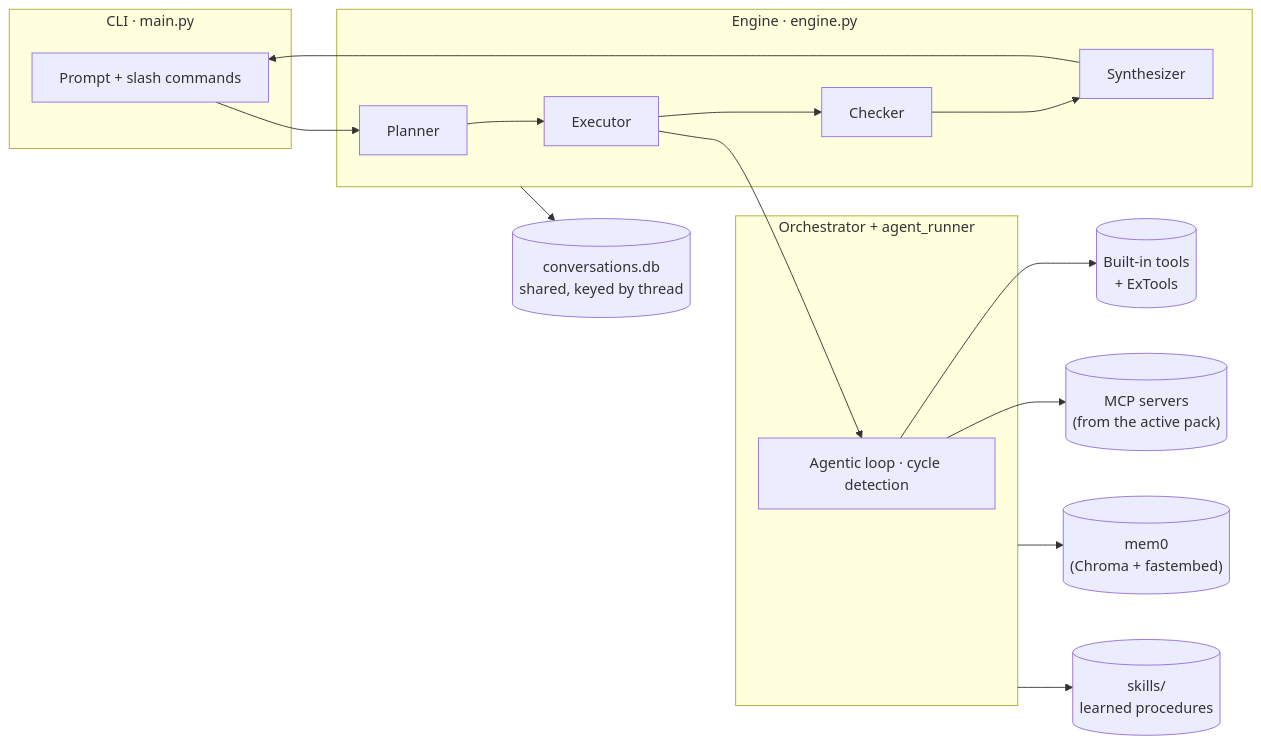
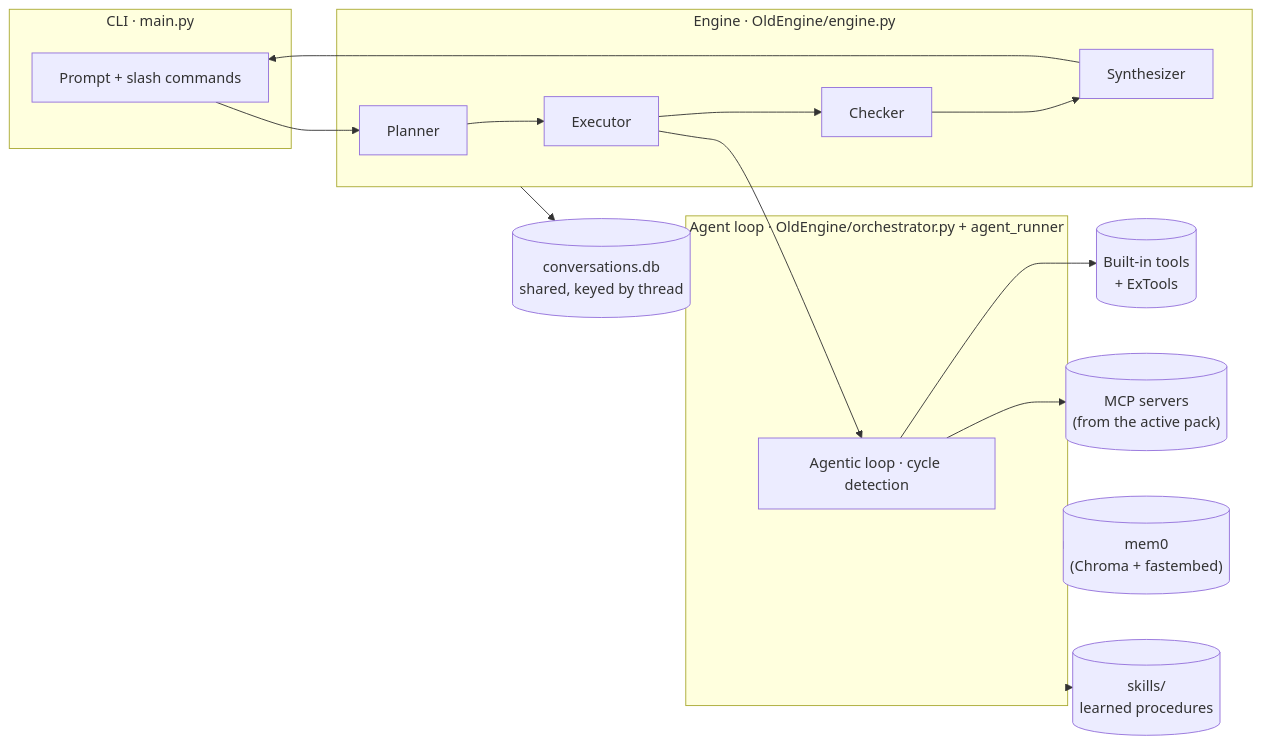
One commit to Arsh910/Anet changed the second of 5 diagrams in architecture/README.md. Above: the diagram before and after it, drawn with Mermaid. The commit also changed other lines of this file and 34 other files, not shown here.

````diff
--- a/architecture/README.md
+++ b/architecture/README.md
@@ -45,21 +45,21 @@
 ```mermaid
 flowchart LR
     subgraph CLI["CLI · main.py"]
         IN["Prompt + slash commands"]
     end
-    subgraph ENG["Engine · engine.py"]
+    subgraph ENG["Engine · OldEngine/engine.py"]
         PL["Planner"] --> EX["Executor"] --> CH["Checker"] --> SY["Synthesizer"]
     end
-    subgraph RUN["Orchestrator + agent_runner"]
+    subgraph RUN["Agent loop · OldEngine/orchestrator.py + agent_runner"]
         LOOP["Agentic loop · cycle detection"]
     end
 
     IN --> PL
     SY --> IN
     EX --> LOOP
     LOOP --> TOOLS[("Built-in tools<br/>+ ExTools")]
     LOOP --> MCP[("MCP servers<br/>(from the active pack)")]
     ENG --> STORE[("conversations.db<br/>shared, keyed by thread")]
     RUN --> MEM[("mem0<br/>(Chroma + fastembed)")]
     RUN --> SK[("skills/<br/>learned procedures")]
 ```
````
